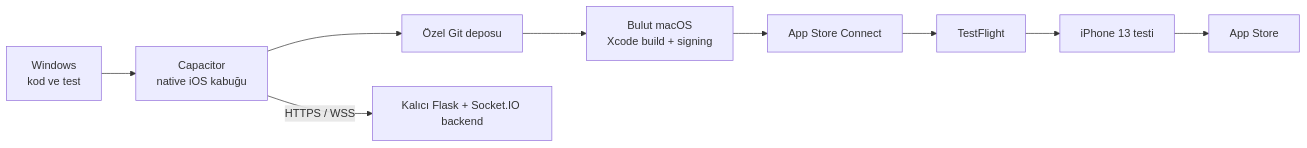
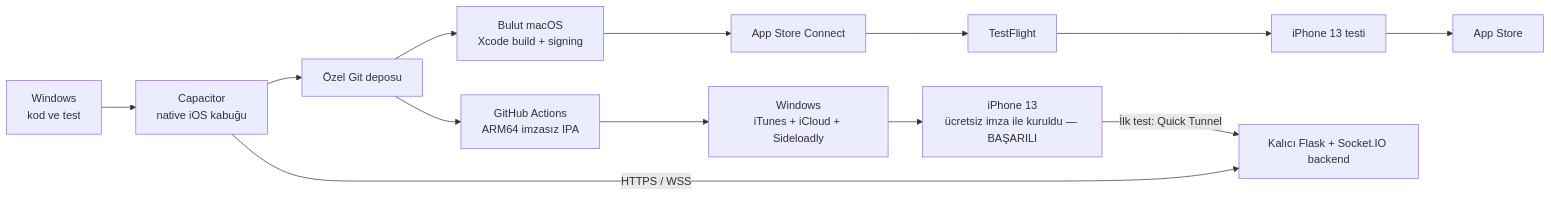
One commit to emirdurak5934/Hex_FootBall changed the seventh of 7 diagrams in PROJECT_WORKFLOW.md. Above: the diagram before and after it, drawn with Mermaid. The commit also changed other lines of this file and 28 other files, not shown here.

````diff
--- a/PROJECT_WORKFLOW.md
+++ b/PROJECT_WORKFLOW.md
@@ -239,11 +245,15 @@
 ```mermaid
 flowchart LR
     WINDOWS["Windows<br/>kod ve test"] --> CAPACITOR["Capacitor<br/>native iOS kabuğu"]
     CAPACITOR --> REPO["Özel Git deposu"]
     REPO --> MACCI["Bulut macOS<br/>Xcode build + signing"]
     MACCI --> CONNECT["App Store Connect"]
     CONNECT --> TESTFLIGHT["TestFlight"]
     TESTFLIGHT --> IPHONE["iPhone 13 testi"]
     IPHONE --> APPSTORE["App Store"]
+    REPO --> UNSIGNED["GitHub Actions<br/>ARM64 imzasız IPA"]
+    UNSIGNED --> SIDELOAD["Windows<br/>iTunes + iCloud + Sideloadly"]
+    SIDELOAD --> DEVICE["iPhone 13<br/>ücretsiz imza ile kuruldu — BAŞARILI"]
     CAPACITOR -->|"HTTPS / WSS"| BACKEND["Kalıcı Flask + Socket.IO backend"]
+    DEVICE -->|"İlk test: Quick Tunnel"| BACKEND
 ```
````
